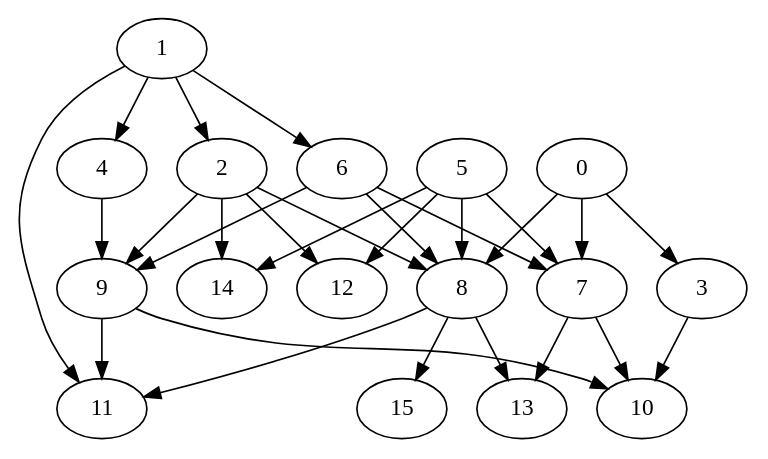
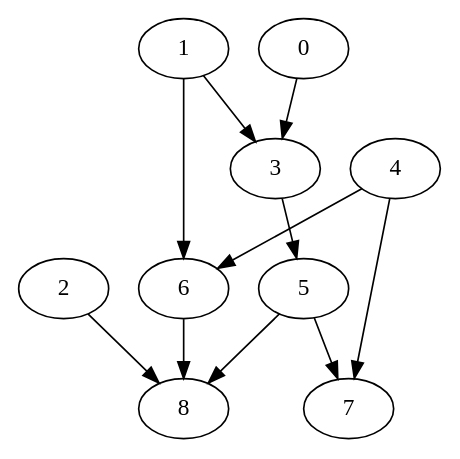
Before and after one commit to MrGreyPanda/NEM-MCMC-optimization: the diagram in DAGs/networks/network9/network9_red.gv, drawn with Graphviz. The commit also changed 177 other files, not shown here.

```diff
--- a/DAGs/networks/network9/network9_red.gv
+++ b/DAGs/networks/network9/network9_red.gv
@@ -1,29 +1,12 @@
 digraph {
-    4 -> 9;
-    3 -> 10;
+    5 -> 8;
+    6 -> 8;
+    4 -> 6;
+    0 -> 3;
     5 -> 7;
-    9 -> 11;
     1 -> 6;
-    0 -> 8;
-    8 -> 15;
+    1 -> 3;
+    4 -> 7;
+    3 -> 5;
     2 -> 8;
-    2 -> 14;
-    7 -> 10;
-    6 -> 8;
-    7 -> 13;
-    5 -> 12;
-    8 -> 11;
-    9 -> 10;
-    0 -> 7;
-    1 -> 2;
-    1 -> 11;
-    6 -> 7;
-    5 -> 8;
-    5 -> 14;
-    0 -> 3;
-    1 -> 4;
-    8 -> 13;
-    2 -> 9;
-    2 -> 12;
-    6 -> 9;
 }
```
